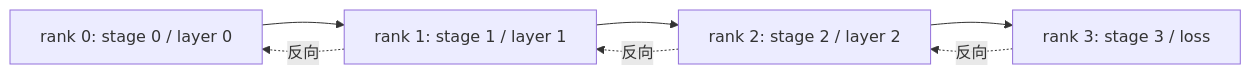
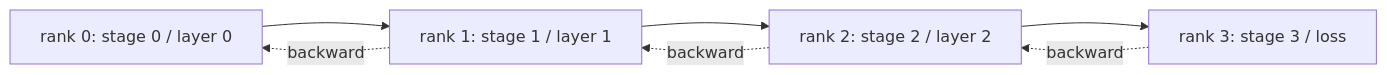
One commit to xiaojiaenen/ai-engineering-from-scratch-zh changed the diagram in i18n/zh/phases/19-capstone-projects/79-pipeline-parallel/docs/zh.md. Above: the diagram before and after it, drawn with Mermaid. The commit also changed other lines of this file and 85 other files, not shown here.

````diff
--- a/i18n/zh/phases/19-capstone-projects/79-pipeline-parallel/docs/zh.md
+++ b/i18n/zh/phases/19-capstone-projects/79-pipeline-parallel/docs/zh.md
@@ -25,9 +25,9 @@
 ```mermaid
 flowchart LR
   R0[rank 0: stage 0 / layer 0] --> R1[rank 1: stage 1 / layer 1]
   R1 --> R2[rank 2: stage 2 / layer 2]
   R2 --> R3[rank 3: stage 3 / loss]
-  R3 -.反向.-> R2
-  R2 -.反向.-> R1
-  R1 -.反向.-> R0
+  R3 -.backward.-> R2
+  R2 -.backward.-> R1
+  R1 -.backward.-> R0
 ```
````
